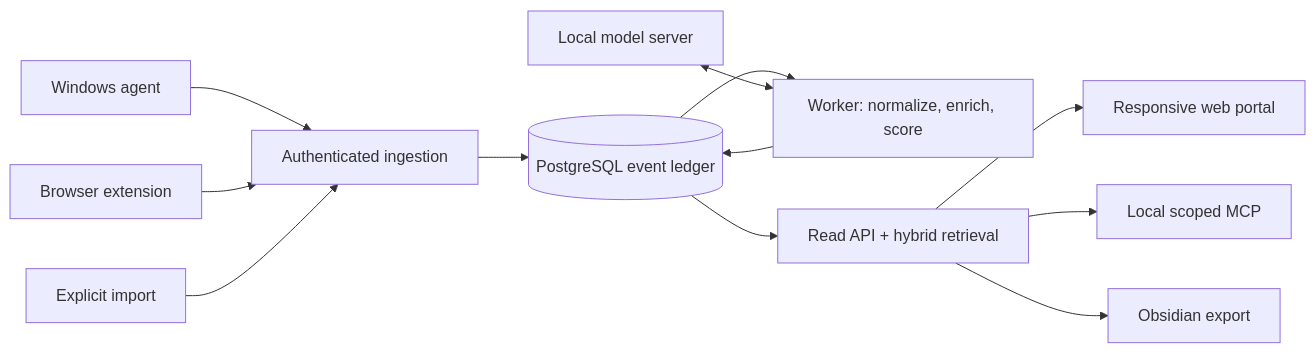
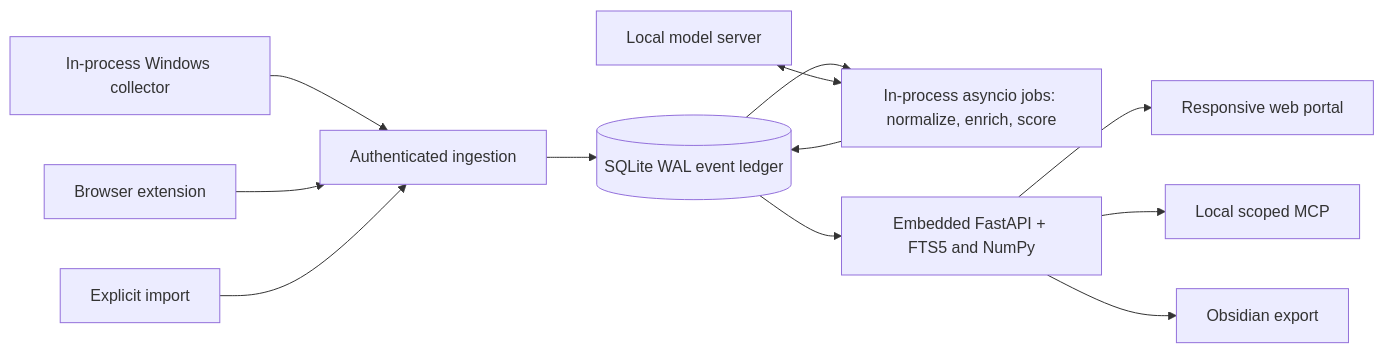
The diagram in docs/SPEC.md (Egkurilov/PersonalContext), drawn with Mermaid before and after one commit. The commit also changed other lines of this file and 6 other files, not shown here.

Commit message:
docs: adopt native Python Windows app with SQLite and embedded web server (ADR-011)

````diff
--- a/docs/SPEC.md
+++ b/docs/SPEC.md
@@ -46,14 +46,14 @@
 ```mermaid
 flowchart LR
-  W[Windows agent] --> G[Authenticated ingestion]
+  W[In-process Windows collector] --> G[Authenticated ingestion]
   B[Browser extension] --> G
   E[Explicit import] --> G
-  G --> P[(PostgreSQL event ledger)]
-  P --> J[Worker: normalize, enrich, score]
+  G --> P[(SQLite WAL event ledger)]
+  P --> J[In-process asyncio jobs: normalize, enrich, score]
   J --> P
   L[Local model server] <--> J
-  P --> A[Read API + hybrid retrieval]
+  P --> A[Embedded FastAPI + FTS5 and NumPy]
   A --> U[Responsive web portal]
   A --> C[Local scoped MCP]
   A --> O[Obsidian export]
 ```
````
